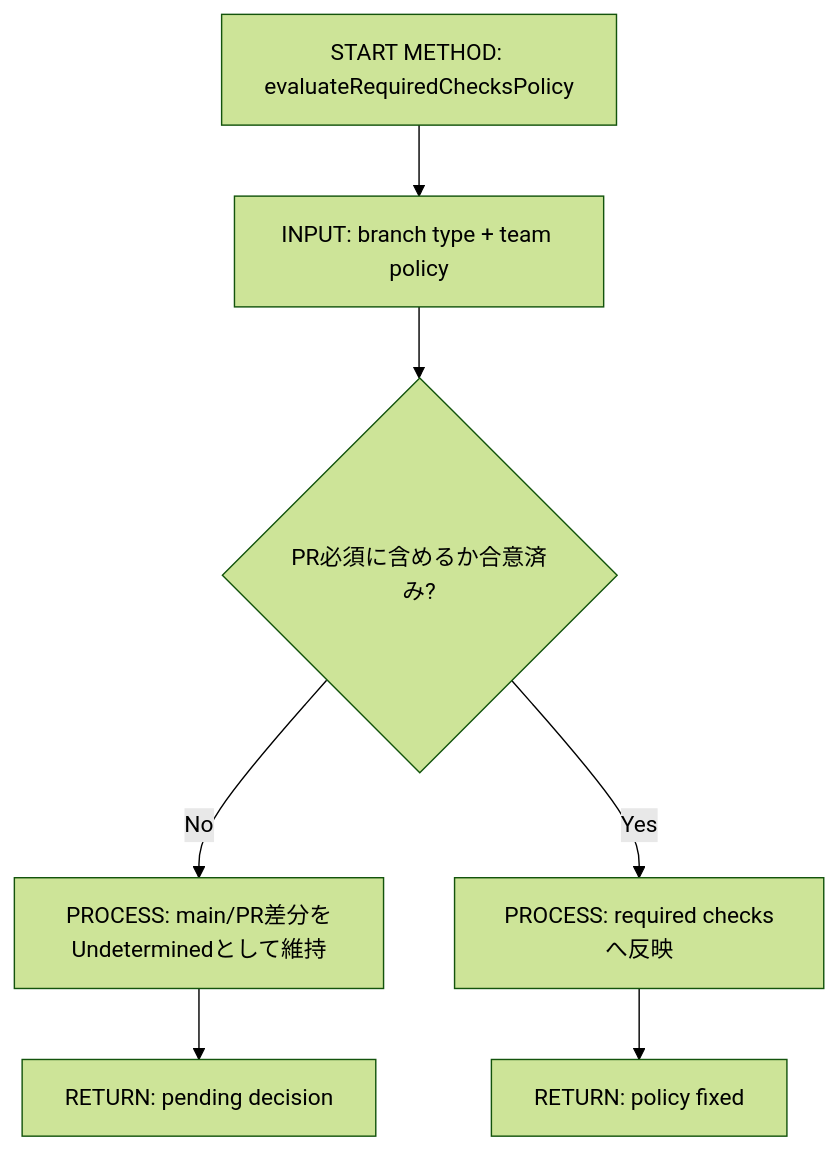
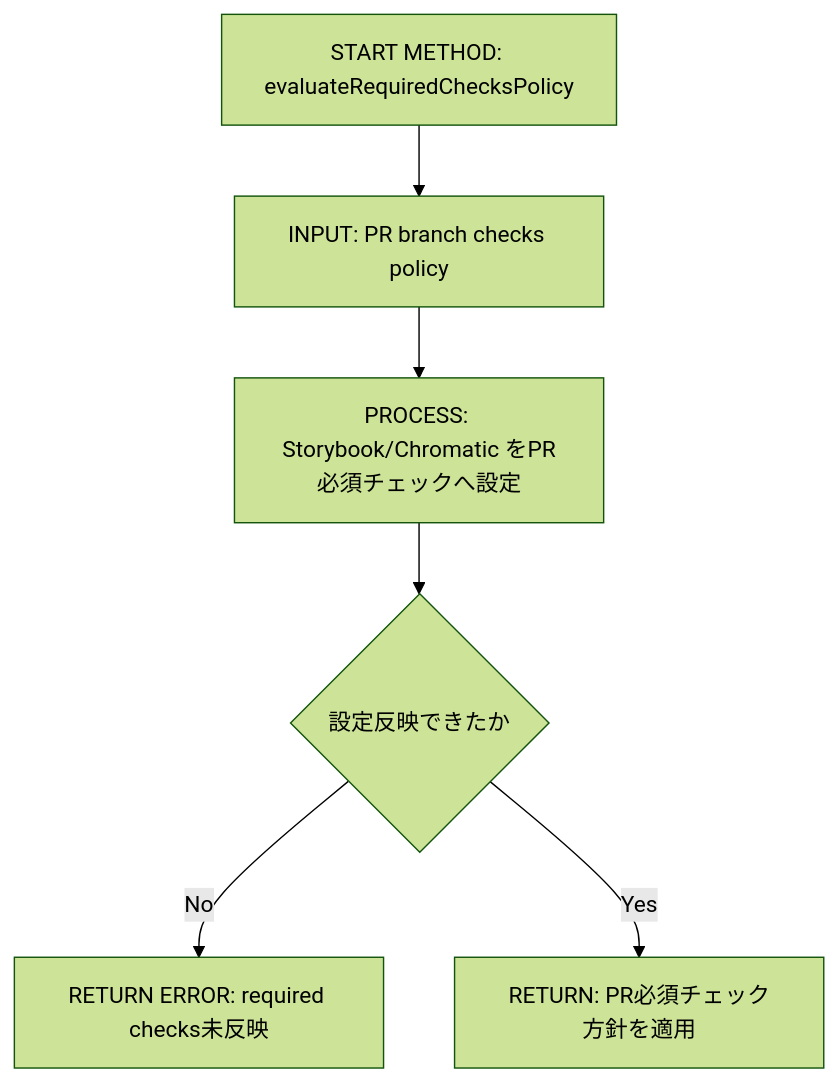
The seventh of 8 diagrams in .github/copilot/plans/94-storybook-ci-gate.md (LevelCapTech/Agile-PMBOK-Assist), drawn with Mermaid (forest theme) before and after one commit. The commit also changed other lines of this file, not shown here.

````diff
--- a/.github/copilot/plans/94-storybook-ci-gate.md
+++ b/.github/copilot/plans/94-storybook-ci-gate.md
@@ -402,9 +402,8 @@
 ```mermaid
 flowchart TD
-  A[START METHOD: evaluateRequiredChecksPolicy] --> B[INPUT: branch type + team policy]
-  B --> C{PR必須に含めるか合意済み?}
-  C -->|No| D[PROCESS: main/PR差分をUndeterminedとして維持]
-  C -->|Yes| E[PROCESS: required checksへ反映]
-  D --> F[RETURN: pending decision]
-  E --> G[RETURN: policy fixed]
+  A[START METHOD: evaluateRequiredChecksPolicy] --> B[INPUT: PR branch checks policy]
+  B --> C[PROCESS: Storybook/Chromatic をPR必須チェックへ設定]
+  C --> D{設定反映できたか}
+  D -->|No| E[RETURN ERROR: required checks未反映]
+  D -->|Yes| F[RETURN: PR必須チェック方針を適用]
 ```
````
